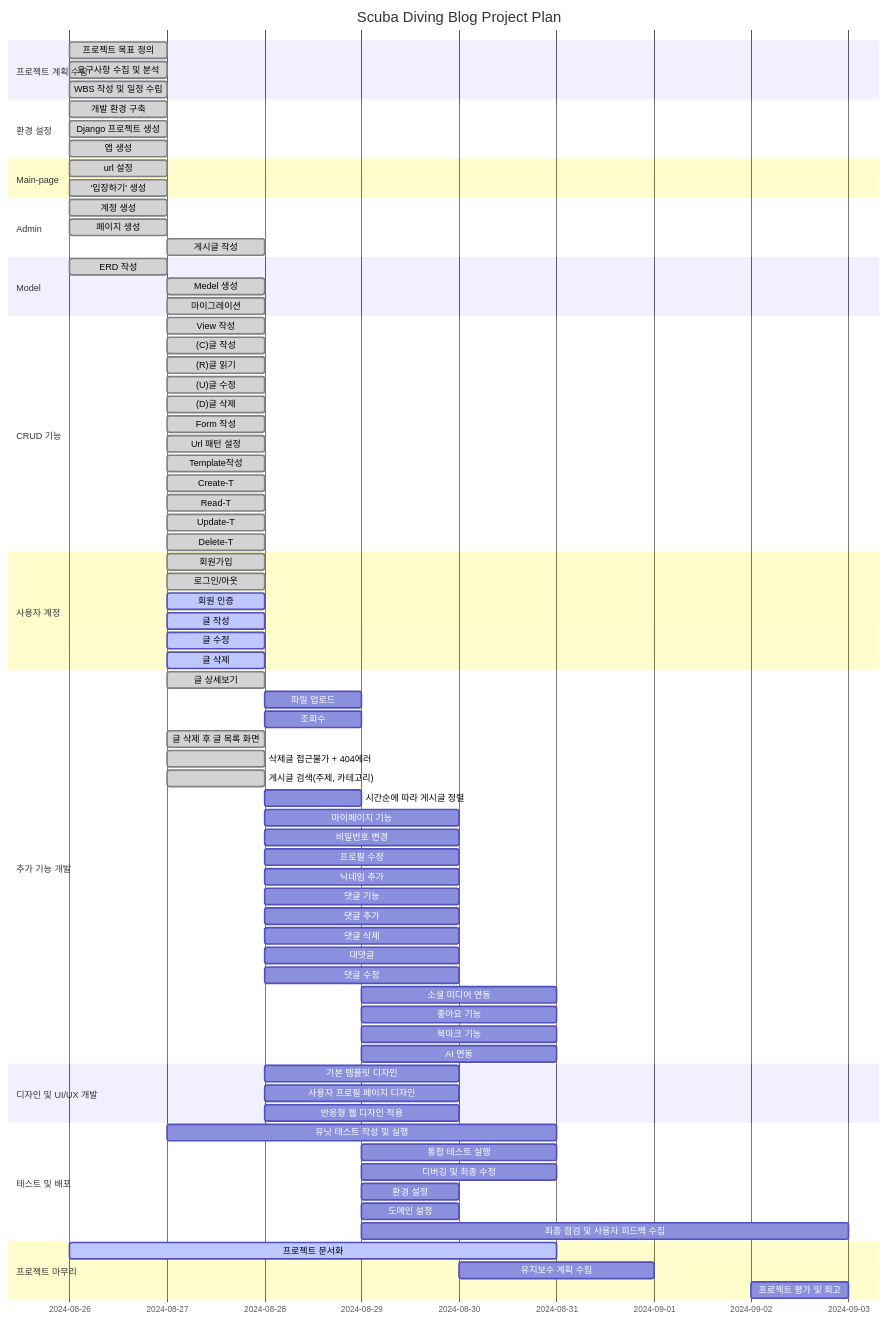
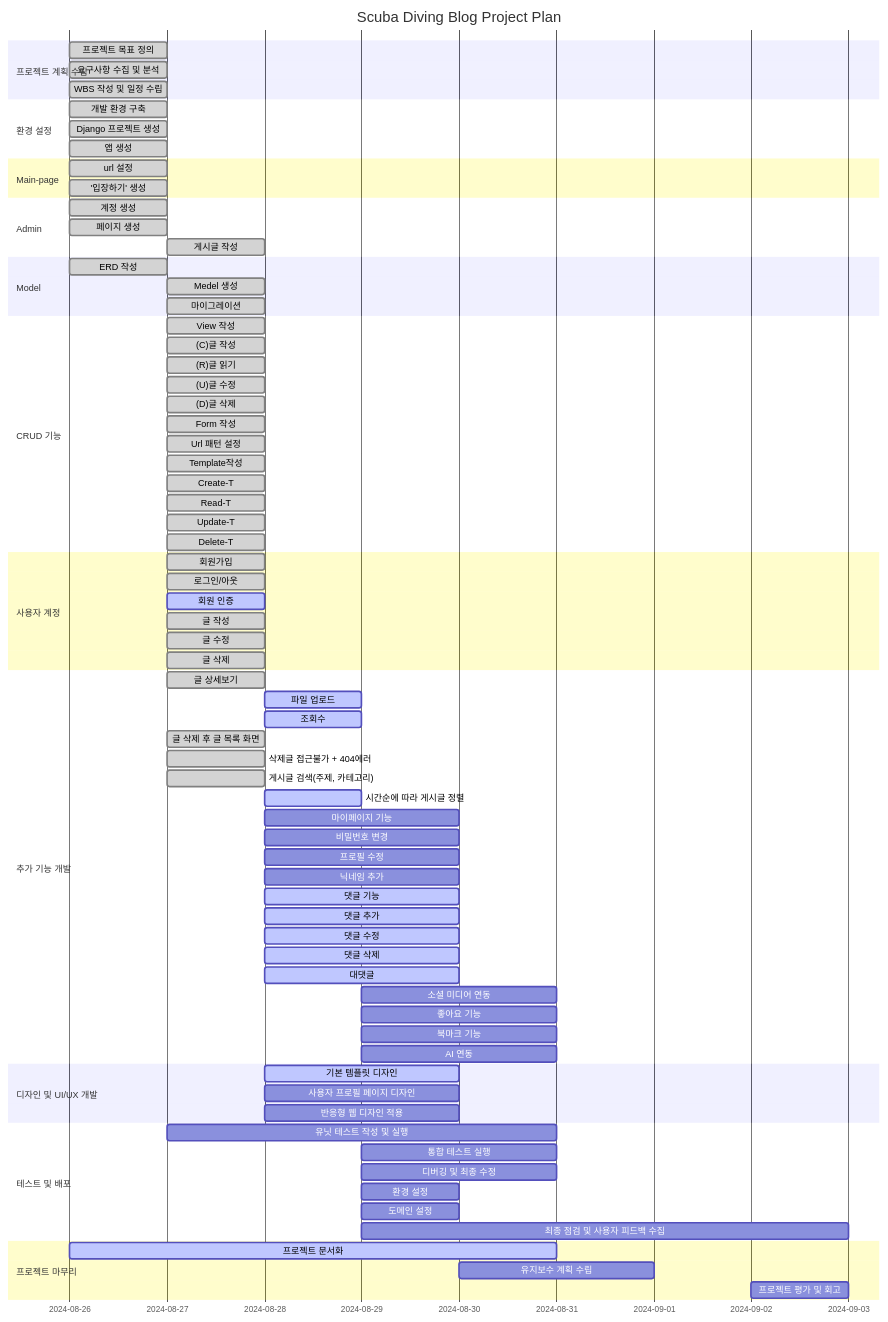
Before and after one commit to heeeee-github/travel_blog: the first of 3 diagrams in README.md, drawn with Mermaid. The commit also changed 12 other files, not shown here.

```diff
--- a/README.md
+++ b/README.md
@@ -70,35 +70,39 @@
     회원가입                   : done, f1, 2024-08-27, 1d
     로그인/아웃                   : done, f2, 2024-08-27, 1d
     회원 인증                   : active, f3, 2024-08-27, 1d
-    글 작성                   : active, f3-1, 2024-08-27, 1d
-    글 수정                   : active, f3-2, 2024-08-27, 1d
-    글 삭제                   : active, f3-3, 2024-08-27, 1d
+    글 작성                   : done, f3-1, 2024-08-27, 1d
+    글 수정                   : done, f3-2, 2024-08-27, 1d
+    글 삭제                   : done, f3-3, 2024-08-27, 1d
 
 
     section 추가 기능 개발
     글 상세보기                   : done, g1, 2024-08-27, 1d
-    파일 업로드                   : g2, 2024-08-28, 1d
-    조회수                      : g3, 2024-08-28, 1d
+    파일 업로드                   : active, g2, 2024-08-28, 1d
+    조회수                      : active, g3, 2024-08-28, 1d
     글 삭제 후 글 목록 화면      : done, g4, 2024-08-27, 1d
     삭제글 접근불가 + 404에러   : done, g5, 2024-08-27, 1d
     게시글 검색(주제, 카테고리)   : done, g6, 2024-08-27, 1d
-    시간순에 따라 게시글 정렬   : g7, 2024-08-28, 1d
+    시간순에 따라 게시글 정렬   : active, g7, 2024-08-28, 1d
+
     마이페이지 기능                   : g8, 2024-08-28, 2d
     비밀번호 변경                    : g8-1, 2024-08-28, 2d
     프로필 수정                   : g8-1, 2024-08-28, 2d
     닉네임 추가                    : g8-1, 2024-08-28, 2d
-    댓글 기능                    : g9, 2024-08-28, 2d
-    댓글 추가                    : g9-1, 2024-08-28, 2d
-    댓글 삭제                    : g9-2, 2024-08-28, 2d
-    대댓글                    : g9-3, 2024-08-28, 2d
-    댓글 수정                    : g9-4, 2024-08-28, 2d
+
+    댓글 기능                    : active, g9, 2024-08-28, 2d
+    댓글 추가                    : active, g9-1, 2024-08-28, 2d
+    댓글 수정                    : active, g9-2, 2024-08-28, 2d
+    댓글 삭제                    : active, g9-3, 2024-08-28, 2d
+    대댓글                        : active, g9-4, 2024-08-28, 2d
+    
     소셜 미디어 연동               : g10, 2024-08-29, 2d
     좋아요 기능                    : g11, 2024-08-29, 2d
     북마크 기능                    : g12, 2024-08-29, 2d
+
     AI 연동                       : g13, 2024-08-29, 2d
 
     section 디자인 및 UI/UX 개발
-    기본 템플릿 디자인                       : h1, 2024-08-28, 2d
+    기본 템플릿 디자인                       : active, h1, 2024-08-28, 2d
     사용자 프로필 페이지 디자인                 : h2, 2024-08-28, 2d
     반응형 웹 디자인 적용                    : h3, 2024-08-28, 2d
 
```
